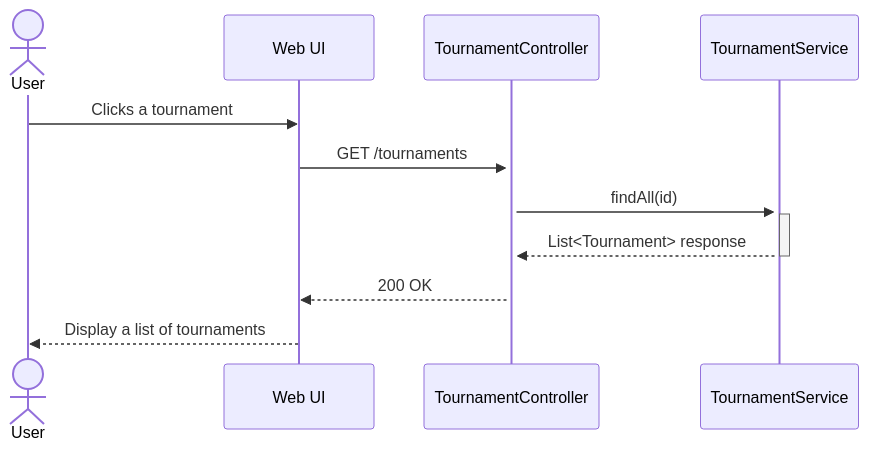
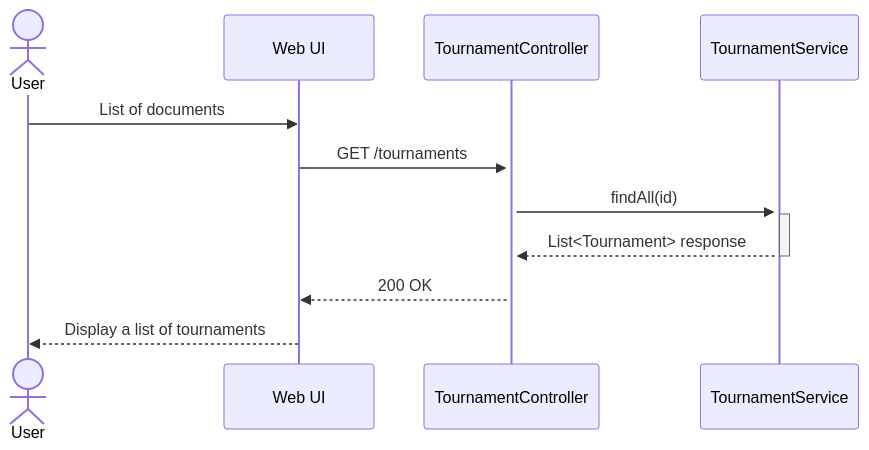
One commit to kahhong/checkmate-central changed the second of 6 diagrams in Sequence Diagrams/Tournaments.md. Above: the diagram before and after it, drawn with Mermaid. The commit also changed other lines of this file, not shown here.

Commit message:
Added updating tournaments into sequence diagrams.

````diff
--- a/Sequence Diagrams/Tournaments.md
+++ b/Sequence Diagrams/Tournaments.md
@@ -16,11 +16,11 @@
 ```mermaid
 sequenceDiagram
     actor User
-    User->>Web UI: Clicks a tournament
+    User->>Web UI: List of documents
     Web UI->>+TournamentController: GET /tournaments
     activate TournamentService
     TournamentController->>+TournamentService: findAll(id)
     TournamentService-->>-TournamentController: List<Tournament> response
     TournamentController-->>Web UI: 200 OK
     Web UI-->>User: Display a list of tournaments
 ```
````
